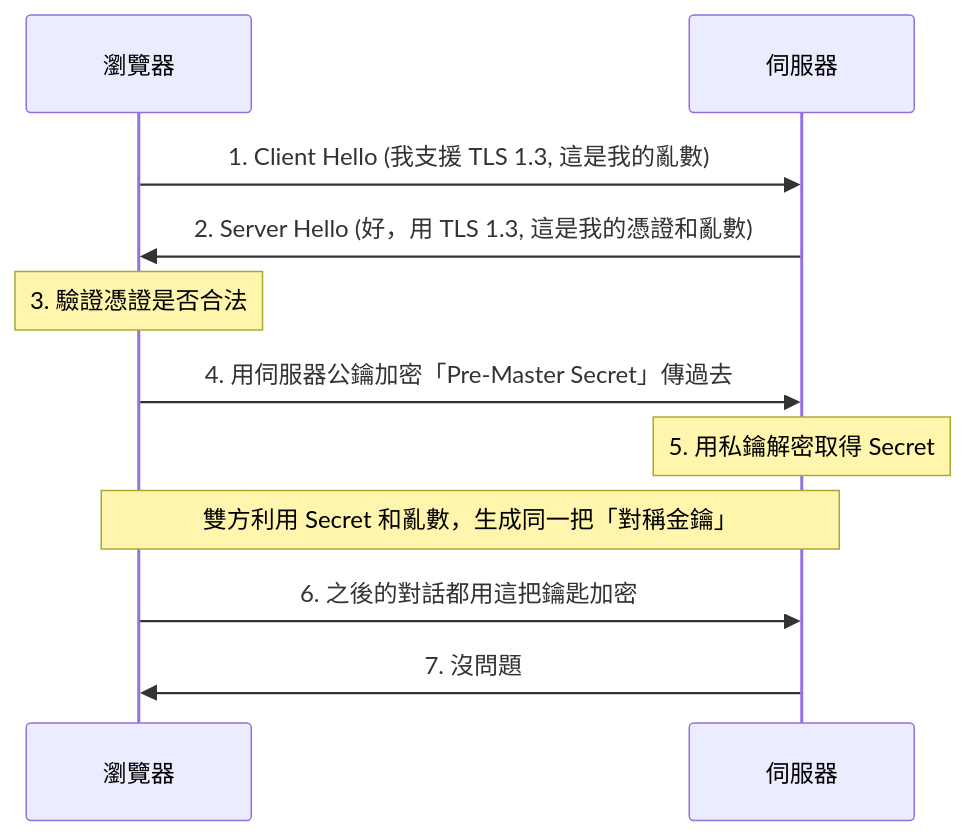
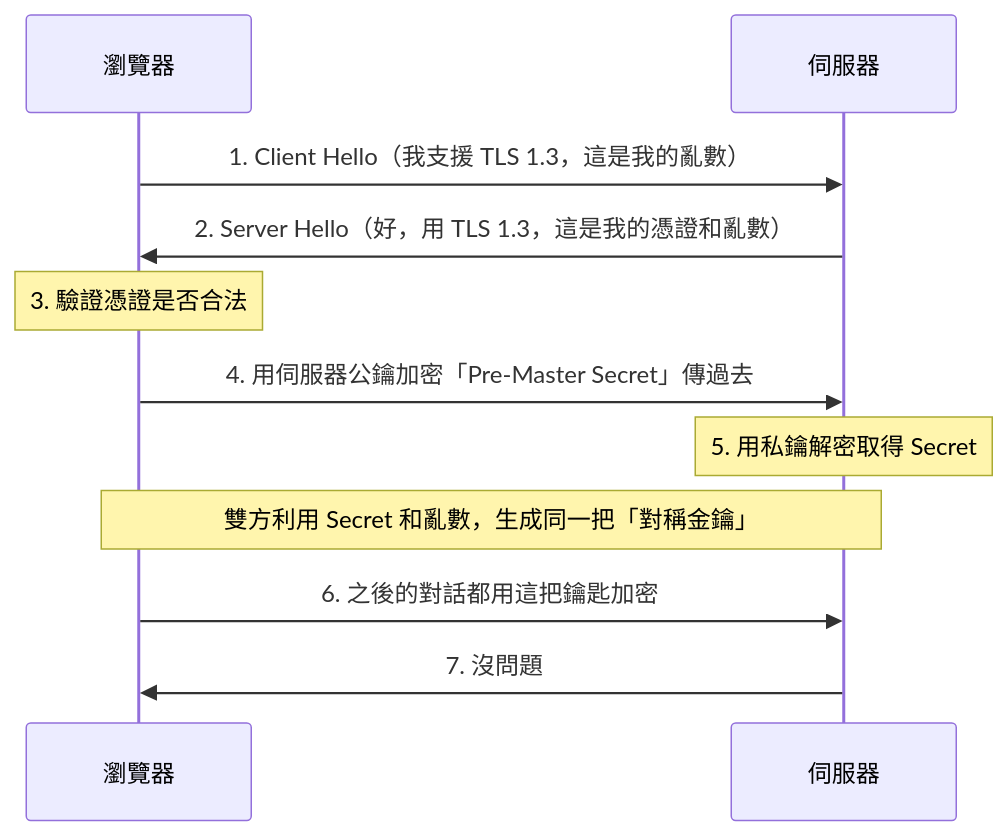
Before and after one commit to happyloa/Personal-Blog: the diagram in src/content/posts/https-tls-explained.md, drawn with Mermaid. The commit also changed other lines of this file and 21 other files, not shown here.

````diff
--- a/src/content/posts/https-tls-explained.md
+++ b/src/content/posts/https-tls-explained.md
@@ -43,14 +43,14 @@
 ```mermaid
 sequenceDiagram
     participant Client as 瀏覽器
     participant Server as 伺服器
 
-    Client->>Server: 1. Client Hello (我支援 TLS 1.3, 這是我的亂數)
-    Server->>Client: 2. Server Hello (好，用 TLS 1.3, 這是我的憑證和亂數)
+    Client->>Server: 1. Client Hello（我支援 TLS 1.3，這是我的亂數）
+    Server->>Client: 2. Server Hello（好，用 TLS 1.3，這是我的憑證和亂數）
     Note over Client: 3. 驗證憑證是否合法
     Client->>Server: 4. 用伺服器公鑰加密「Pre-Master Secret」傳過去
     Note over Server: 5. 用私鑰解密取得 Secret
     Note over Client, Server: 雙方利用 Secret 和亂數，生成同一把「對稱金鑰」
     Client->>Server: 6. 之後的對話都用這把鑰匙加密
     Server->>Client: 7. 沒問題
 ```
````
